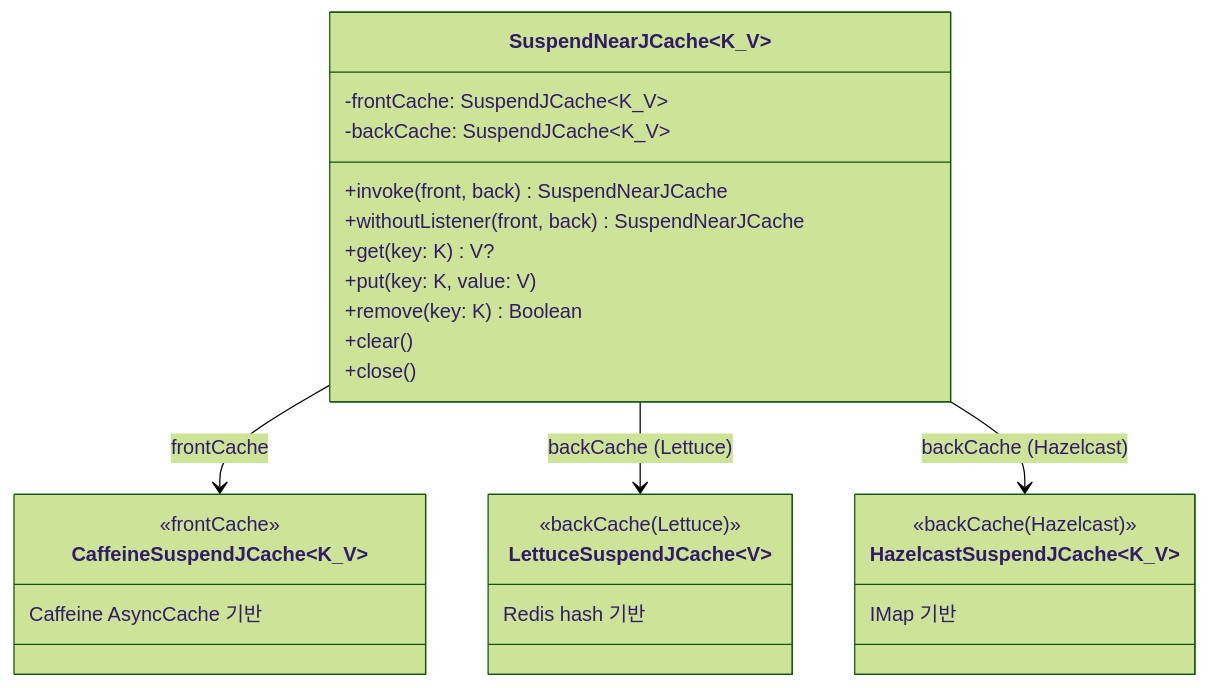
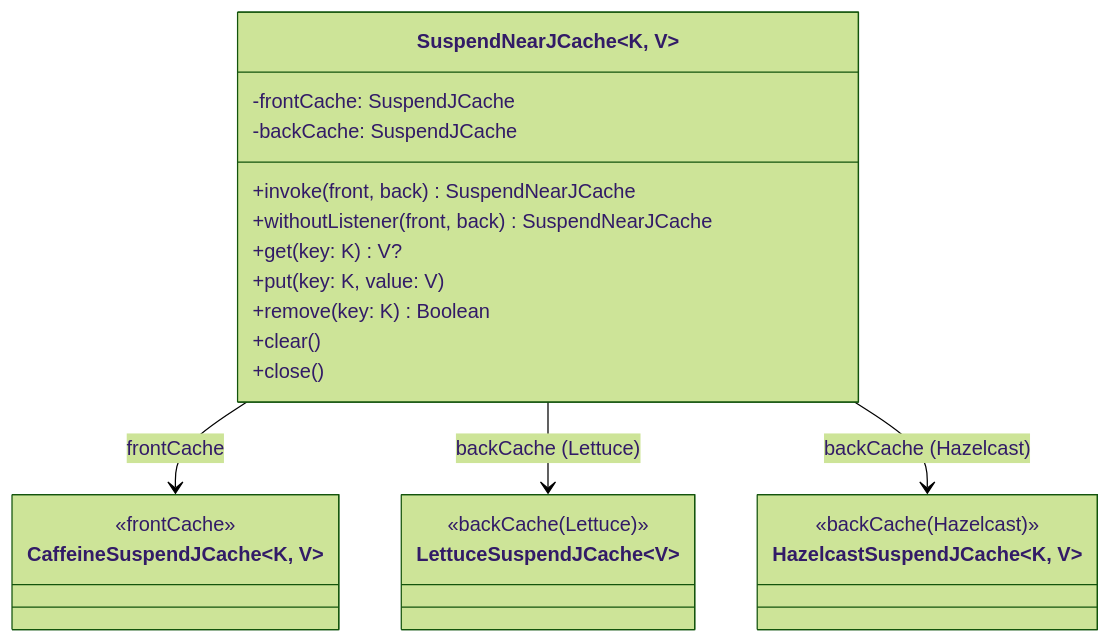
One commit to bluetape4k/bluetape4k-projects changed the seventh of 7 diagrams in infra/cache-core/README.md. Above: the diagram before and after it, drawn with Mermaid (forest theme). The commit also changed other lines of this file and 37 other files, not shown here.

````diff
--- a/infra/cache-core/README.md
+++ b/infra/cache-core/README.md
@@ -227,33 +271,30 @@
 ```mermaid
 classDiagram
-    class SuspendNearJCache~K_V~ {
-        -frontCache: SuspendJCache~K_V~
-        -backCache: SuspendJCache~K_V~
+    class SuspendNearJCache~K, V~ {
+-frontCache: SuspendJCache
+-backCache: SuspendJCache
         +invoke(front, back) SuspendNearJCache
         +withoutListener(front, back) SuspendNearJCache
         +get(key: K) V?
         +put(key: K, value: V)
         +remove(key: K) Boolean
         +clear()
         +close()
     }
 
-    class CaffeineSuspendJCache~K_V~ {
+class CaffeineSuspendJCache~K, V~ {
         <<frontCache>>
-        Caffeine AsyncCache 기반
     }
 
     class LettuceSuspendJCache~V~ {
 <<backCache(Lettuce)>>
-Redis hash 기반
     }
 
-class HazelcastSuspendJCache~K_V~ {
+class HazelcastSuspendJCache~K, V~ {
 <<backCache(Hazelcast)>>
-IMap 기반
     }
 
 SuspendNearJCache --> CaffeineSuspendJCache: frontCache
 SuspendNearJCache --> LettuceSuspendJCache: backCache (Lettuce)
 SuspendNearJCache --> HazelcastSuspendJCache: backCache (Hazelcast)
 ```
````
